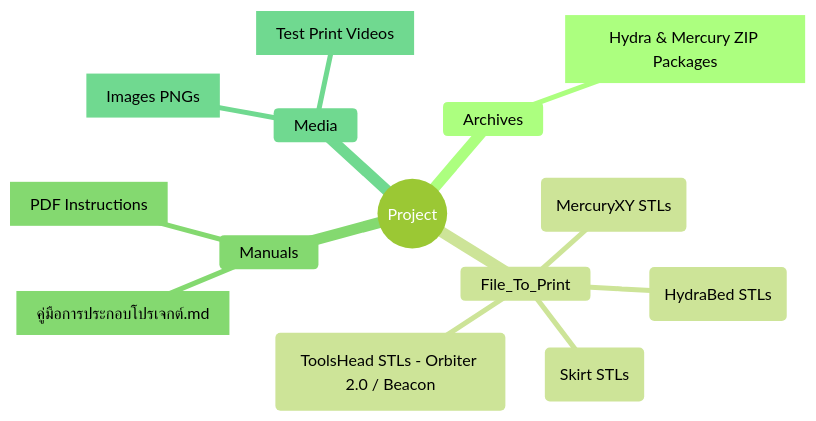
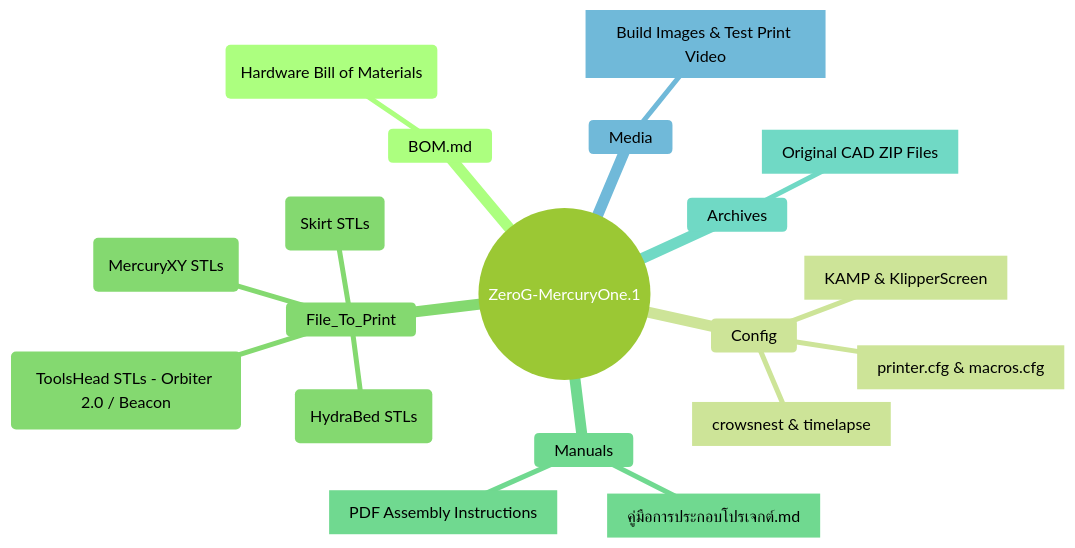
Before and after one commit to Icezaza2543/ZeroG-MercuryOne.1-With-NebulaFrame-370: the second of 2 diagrams in README.md, drawn with Mermaid (forest theme). The commit also changed other lines of this file and 1 other file, not shown here.

Commit message:
docs(readme): rewrite README and update assembly guide with system diagrams and Klipper workflow

````diff
--- a/README.md
+++ b/README.md
@@ -56,17 +83,22 @@
 ```mermaid
 mindmap
-  root((Project))
-    Archives
-      [Hydra & Mercury ZIP Packages]
+  root((ZeroG-MercuryOne.1))
+    BOM.md
+      (Hardware Bill of Materials)
+    Config
+      [printer.cfg & macros.cfg]
+      [KAMP & KlipperScreen]
+      [crowsnest & timelapse]
     File_To_Print
       (HydraBed STLs)
       (MercuryXY STLs)
       (Skirt STLs)
       (ToolsHead STLs - Orbiter 2.0 / Beacon)
     Manuals
       [คู่มือการประกอบโปรเจกต์.md]
-      [PDF Instructions]
+      [PDF Assembly Instructions]
+    Archives
+      [Original CAD ZIP Files]
     Media
-      [Images PNGs]
-      [Test Print Videos]
+      [Build Images & Test Print Video]
 ```
````
